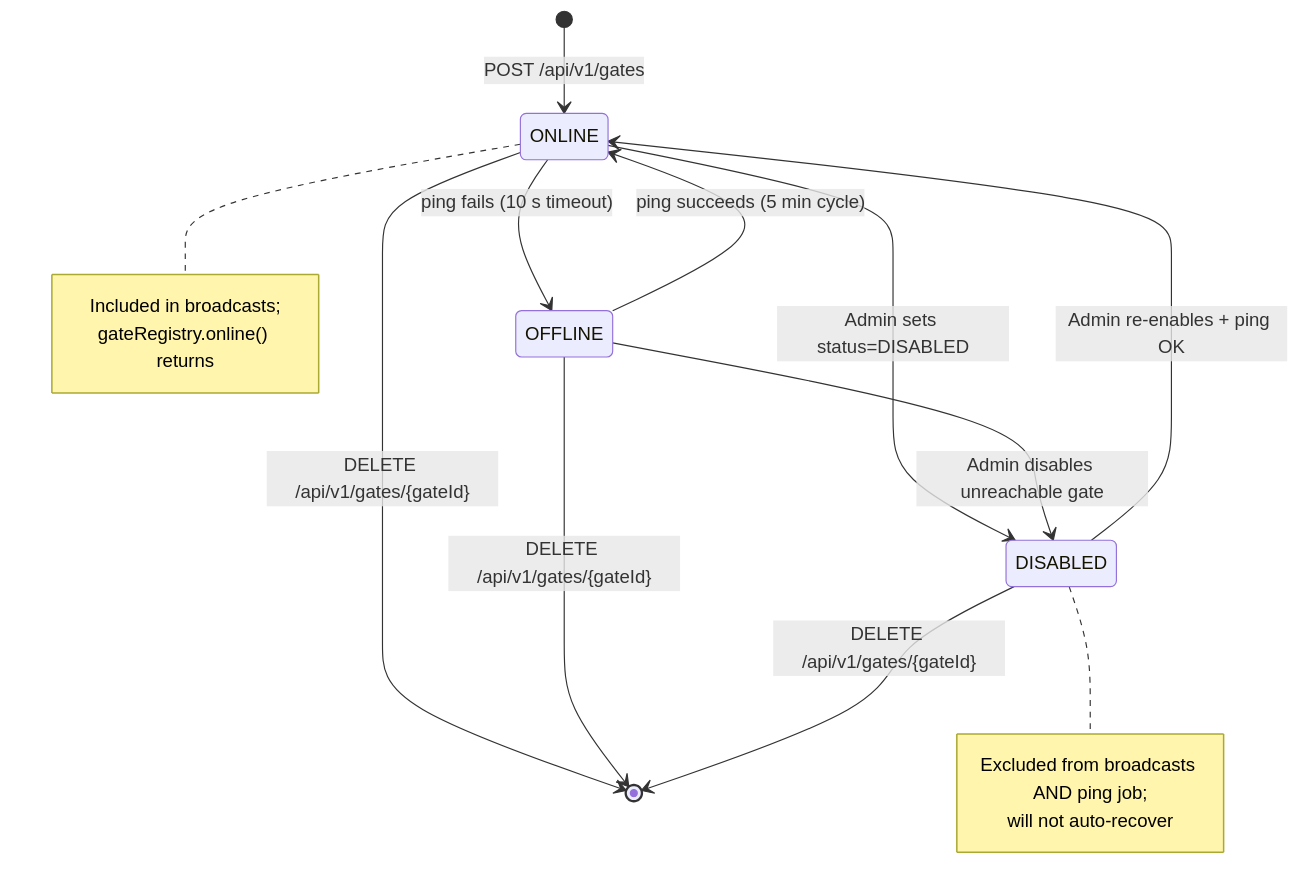
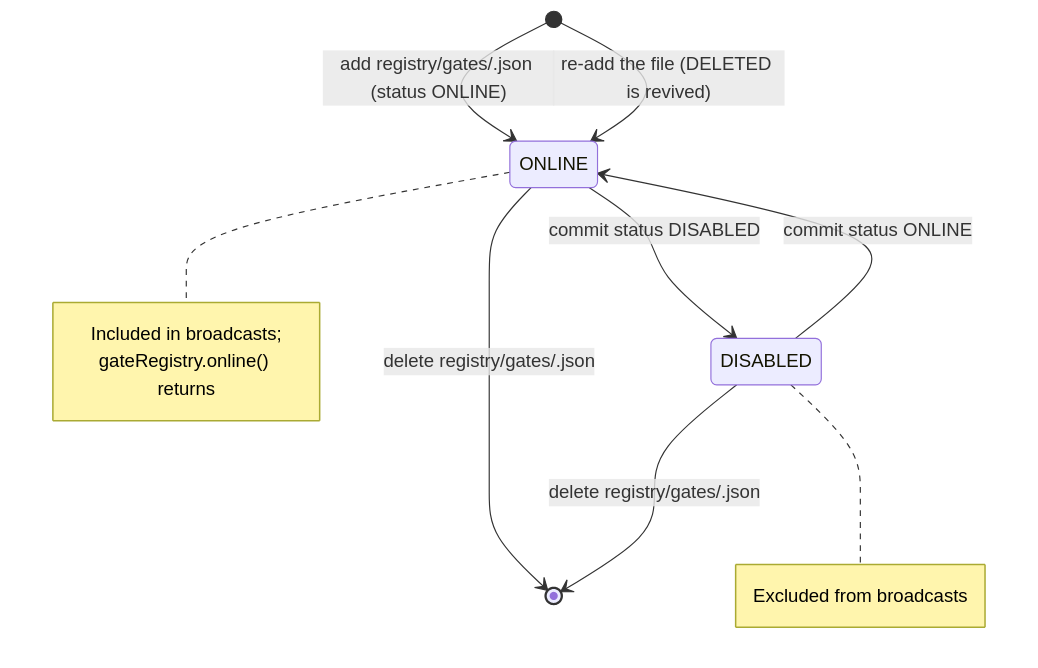
One commit to kemit-ee/efti-gate-ee changed the diagram in docs/architecture/registry-management/gate_registry.md. Above: the diagram before and after it, drawn with Mermaid. The commit also changed other lines of this file and 101 other files, not shown here.

````diff
--- a/docs/architecture/registry-management/gate_registry.md
+++ b/docs/architecture/registry-management/gate_registry.md
@@ -11,20 +12,16 @@
 ```mermaid
 stateDiagram-v2
-    [*] --> ONLINE: POST /api/v1/gates
-    ONLINE --> OFFLINE: ping fails (10 s timeout)
-    OFFLINE --> ONLINE: ping succeeds (5 min cycle)
-    ONLINE --> DISABLED: Admin sets status=DISABLED
-    OFFLINE --> DISABLED: Admin disables unreachable gate
-    DISABLED --> ONLINE: Admin re-enables + ping OK
-    ONLINE --> [*]: DELETE /api/v1/gates/{gateId}
-    OFFLINE --> [*]: DELETE /api/v1/gates/{gateId}
-    DISABLED --> [*]: DELETE /api/v1/gates/{gateId}
+    [*] --> ONLINE: add registry/gates/<id>.json (status ONLINE)
+    ONLINE --> DISABLED: commit status DISABLED
+    DISABLED --> ONLINE: commit status ONLINE
+    ONLINE --> [*]: delete registry/gates/<id>.json
+    DISABLED --> [*]: delete registry/gates/<id>.json
+    [*] --> ONLINE: re-add the file (DELETED is revived)
     note right of ONLINE
         Included in broadcasts;
         gateRegistry.online() returns
     end note
     note right of DISABLED
-        Excluded from broadcasts AND ping job;
-        will not auto-recover
+        Excluded from broadcasts
     end note
 ```
````
